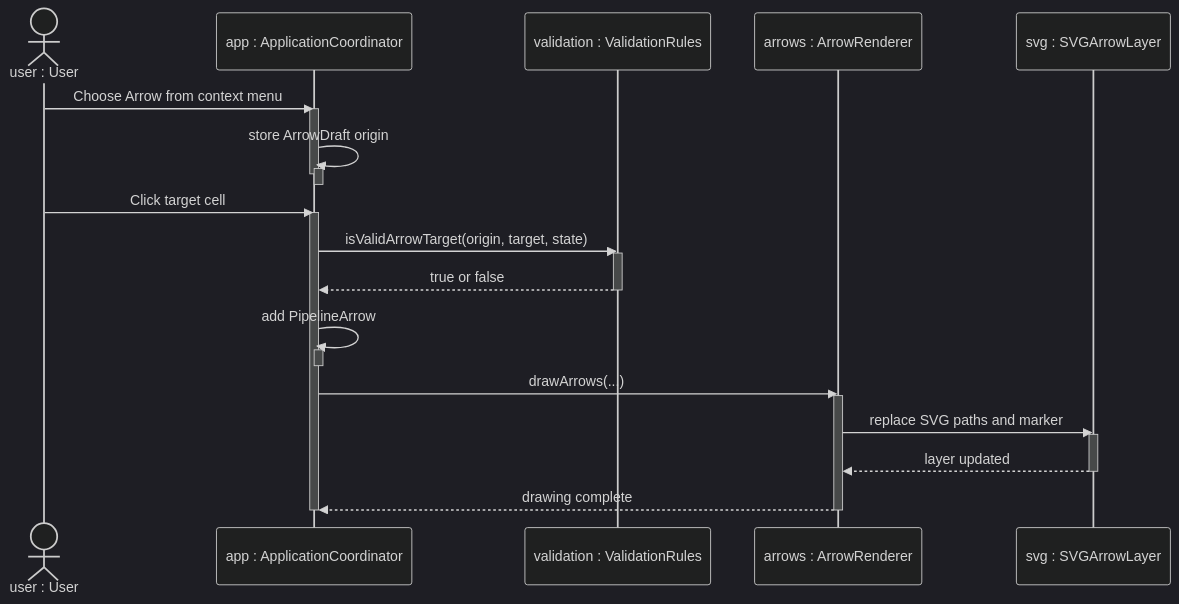
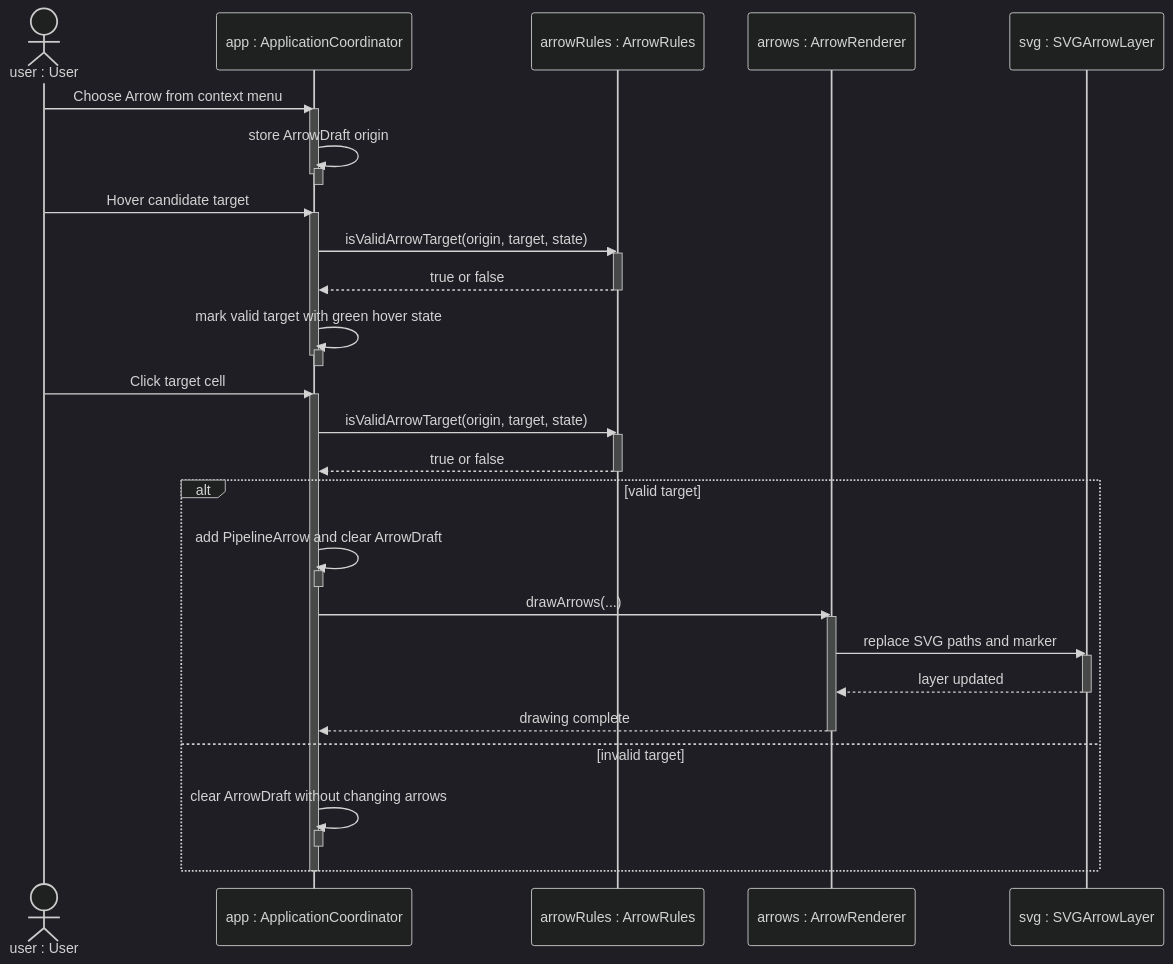
The eighth of 10 diagrams in app/docs/architecture.md (R3Neer/pipeline-table-editor), drawn with Mermaid (dark theme) before and after one commit. The commit also changed other lines of this file and 15 other files, not shown here.

````diff
--- a/app/docs/architecture.md
+++ b/app/docs/architecture.md
@@ -380,34 +398,51 @@
 ```mermaid
 sequenceDiagram
   actor user as user : User
   participant app as app : ApplicationCoordinator
-  participant validation as validation : ValidationRules
+  participant arrowRules as arrowRules : ArrowRules
   participant arrows as arrows : ArrowRenderer
   participant svg as svg : SVGArrowLayer
 
   user->>app: Choose Arrow from context menu
   activate app
   app->>app: store ArrowDraft origin
   activate app
   deactivate app
   deactivate app
 
+  user->>app: Hover candidate target
+  activate app
+  app->>arrowRules: isValidArrowTarget(origin, target, state)
+  activate arrowRules
+  arrowRules-->>app: true or false
+  deactivate arrowRules
+  app->>app: mark valid target with green hover state
+  activate app
+  deactivate app
+  deactivate app
+
   user->>app: Click target cell
   activate app
-  app->>validation: isValidArrowTarget(origin, target, state)
-  activate validation
-  validation-->>app: true or false
-  deactivate validation
-  app->>app: add PipelineArrow
-  activate app
-  deactivate app
-  app->>arrows: drawArrows(...)
-  activate arrows
-  arrows->>svg: replace SVG paths and marker
-  activate svg
-  svg-->>arrows: layer updated
-  deactivate svg
-  arrows-->>app: drawing complete
-  deactivate arrows
+  app->>arrowRules: isValidArrowTarget(origin, target, state)
+  activate arrowRules
+  arrowRules-->>app: true or false
+  deactivate arrowRules
+  alt valid target
+    app->>app: add PipelineArrow and clear ArrowDraft
+    activate app
+    deactivate app
+    app->>arrows: drawArrows(...)
+    activate arrows
+    arrows->>svg: replace SVG paths and marker
+    activate svg
+    svg-->>arrows: layer updated
+    deactivate svg
+    arrows-->>app: drawing complete
+    deactivate arrows
+  else invalid target
+    app->>app: clear ArrowDraft without changing arrows
+    activate app
+    deactivate app
+  end
   deactivate app
 ```
````
